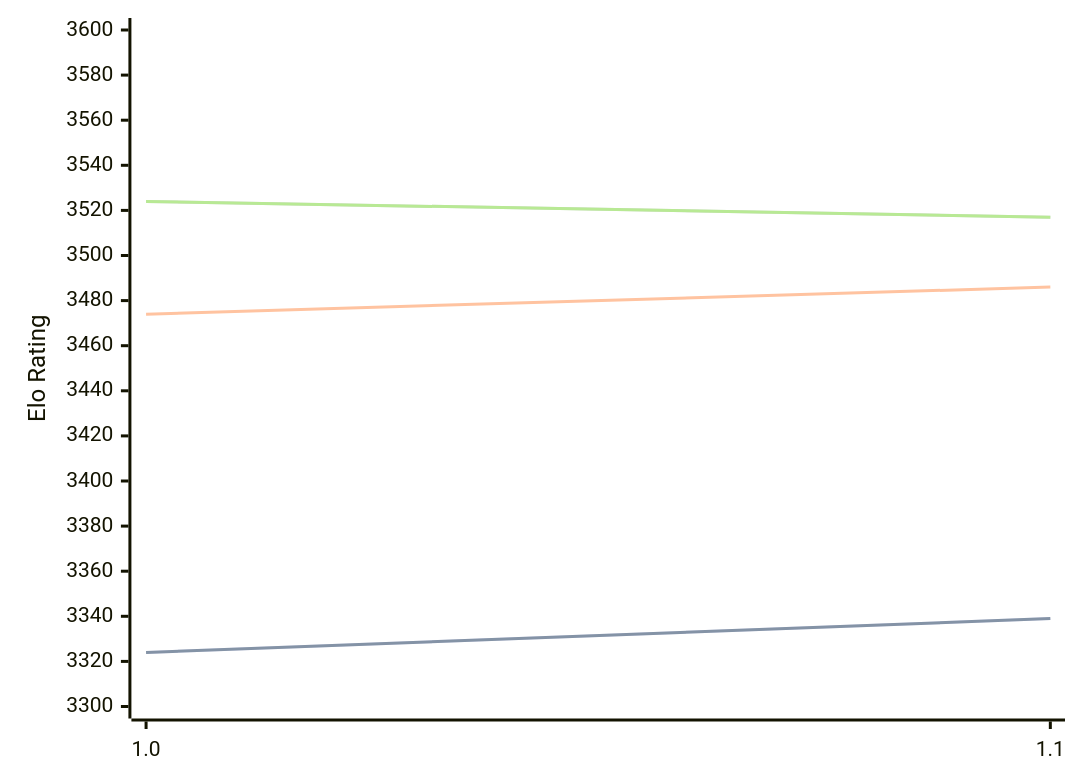
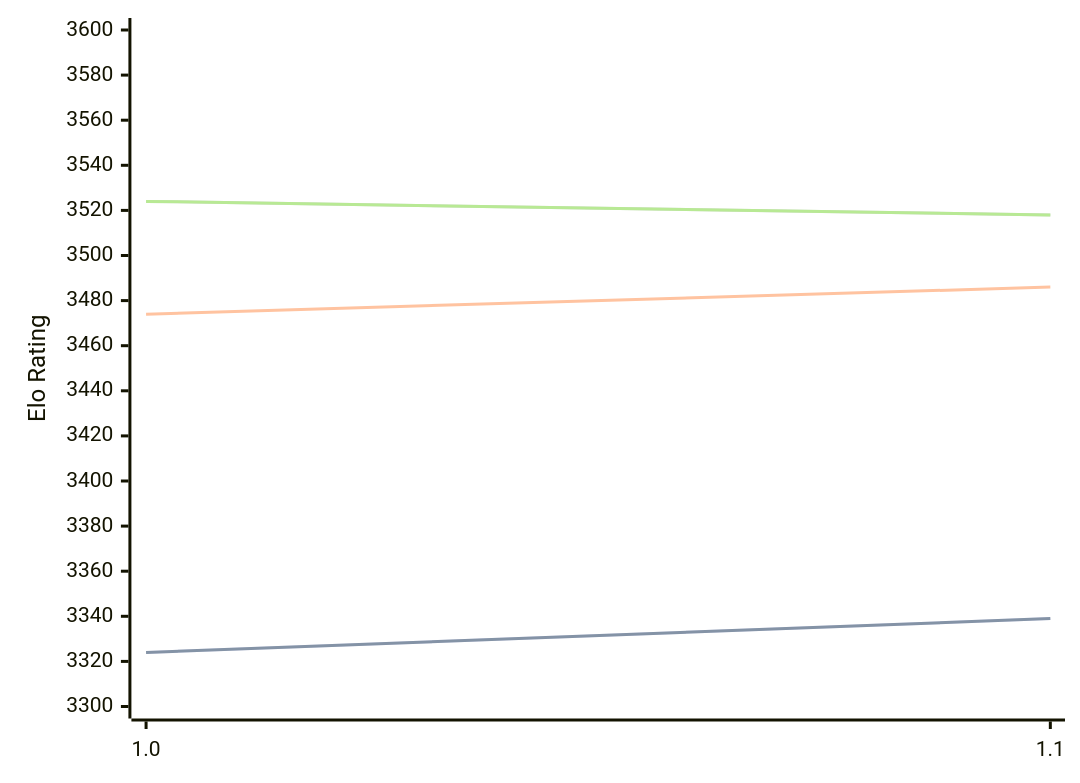
The third of 3 diagrams in engines/Horsie.md (computer-chess-index/cci), drawn with Mermaid before and after one commit. The commit also changed other lines of this file, not shown here.

Commit message:
Update CCI Ratings (ELO VLTC) - 2026-07-04

````diff
--- a/engines/Horsie.md
+++ b/engines/Horsie.md
@@ -65,11 +65,11 @@
 ```mermaid
 %%{init: {"theme":"base","themeVariables":{"seriesColors:['#a3a3a3','#222221','#faa371']}}}%%
 xychart-beta
   x-axis ["1.0", "1.1"]
   y-axis "Elo Rating" 3300 --> 3600
   line "STC (8.0+0.08s)" [3324, 3339]
   line "STC (8.0+0.08s)" [3324, 3339]
   line "LTC (60.0+0.60s)" [3474, 3486]
-  line "VLTC (2m24s+1.12s)" [3524, 3517]
-  line "VLTC (2m24s+1.12s)" [3524, 3517]
+  line "VLTC (2m24s+1.12s)" [3524, 3518]
+  line "VLTC (2m24s+1.12s)" [3524, 3518]
 ```
````
